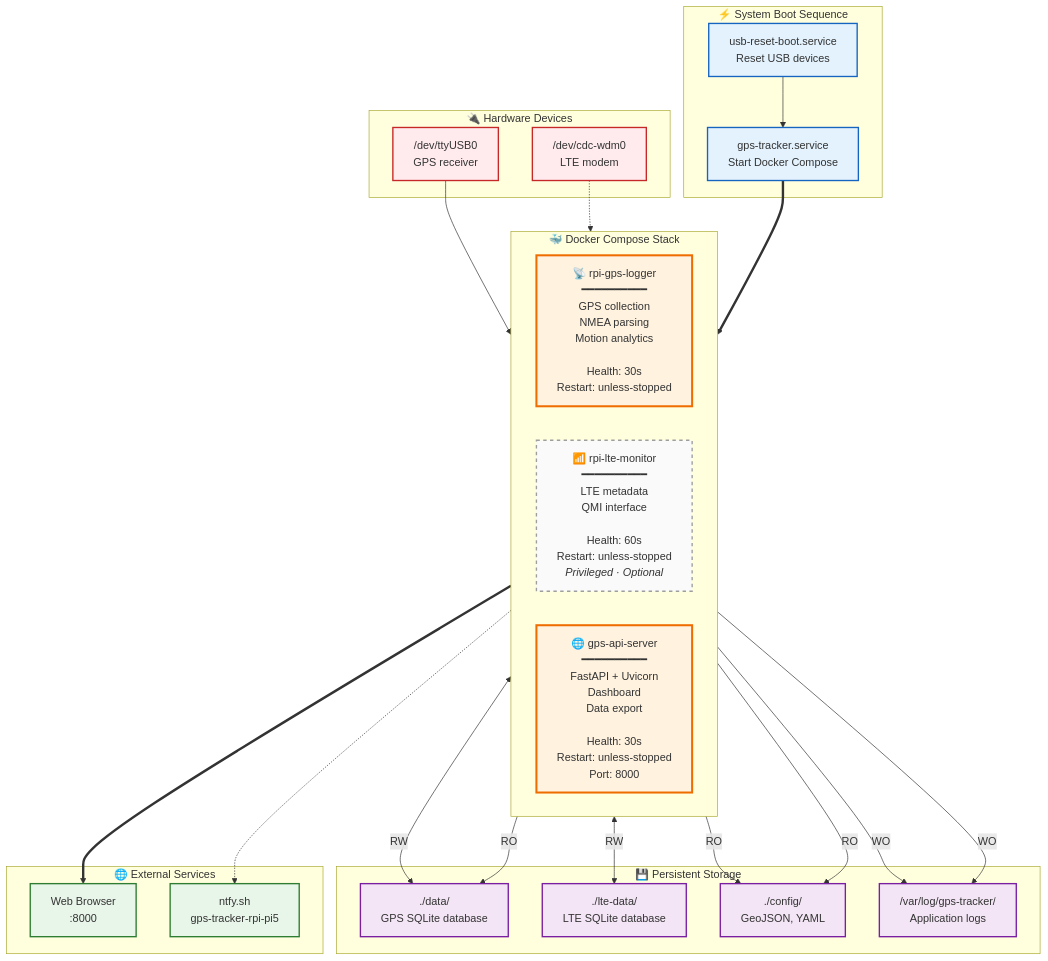
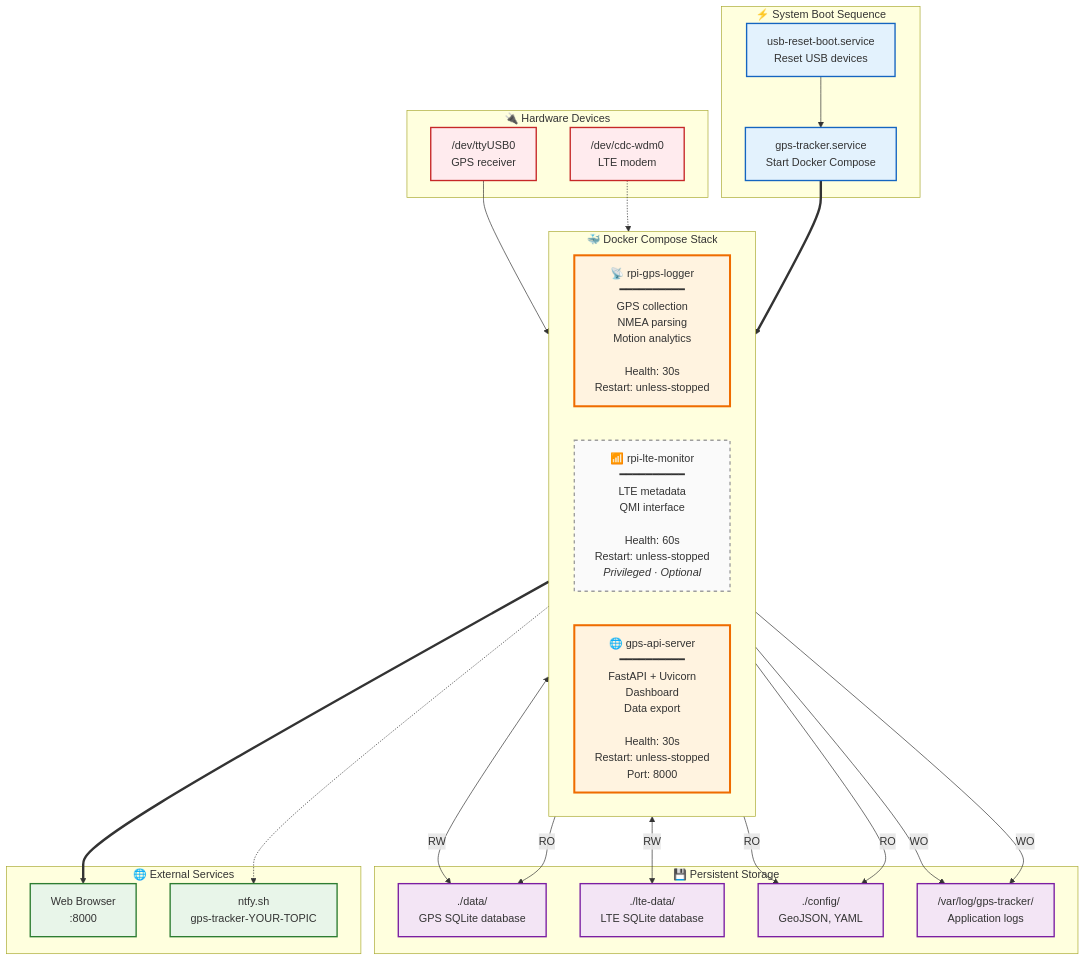
The third of 4 diagrams in README.md (cramos93/Raspberry-Pi-GPS-Cellular-Data-Logger), drawn with Mermaid before and after one commit. The commit also changed other lines of this file, not shown here.

````diff
--- a/README.md
+++ b/README.md
@@ -380,72 +380,72 @@
 ```mermaid
 graph TB
     subgraph BOOT["⚡ System Boot Sequence"]
         USB["usb-reset-boot.service<br/>Reset USB devices"]
         MAIN["gps-tracker.service<br/>Start Docker Compose"]
         USB --> MAIN
     end
     
     subgraph COMPOSE["🐳 Docker Compose Stack"]
         direction LR
         
         GPS["📡 rpi-gps-logger<br/>━━━━━━━━━━<br/>GPS collection<br/>NMEA parsing<br/>Motion analytics<br/><br/>Health: 30s<br/>Restart: unless-stopped"]
         
         LTE["📶 rpi-lte-monitor<br/>━━━━━━━━━━<br/>LTE metadata<br/>QMI interface<br/><br/>Health: 60s<br/>Restart: unless-stopped<br/><i>Privileged · Optional</i>"]
         
         API["🌐 gps-api-server<br/>━━━━━━━━━━<br/>FastAPI + Uvicorn<br/>Dashboard<br/>Data export<br/><br/>Health: 30s<br/>Restart: unless-stopped<br/>Port: 8000"]
     end
     
     subgraph STORAGE["💾 Persistent Storage"]
         DATA["./data/<br/>GPS SQLite database"]
         LTE_DATA["./lte-data/<br/>LTE SQLite database"]
         CONFIG["./config/<br/>GeoJSON, YAML"]
         LOGS["/var/log/gps-tracker/<br/>Application logs"]
     end
     
     subgraph HW["🔌 Hardware Devices"]
         GPS_DEV["/dev/ttyUSB0<br/>GPS receiver"]
         LTE_DEV["/dev/cdc-wdm0<br/>LTE modem"]
     end
     
     subgraph EXT["🌐 External Services"]
         BROWSER["Web Browser<br/>:8000"]
-        NTFY["ntfy.sh<br/>gps-tracker-rpi-pi5"]
+        NTFY["ntfy.sh<br/>gps-tracker-YOUR-TOPIC"]
     end
     
     %% Boot flow
     MAIN ==> COMPOSE
     
     %% Device connections
     GPS_DEV --> GPS
     LTE_DEV -.-> LTE
     
     %% Volume access
     GPS <-->|RW| DATA
     GPS -->|RO| CONFIG
     GPS -->|WO| LOGS
     
     LTE <-->|RW| LTE_DATA
     LTE -->|WO| LOGS
     
     API -->|RO| DATA
     API -->|RO| CONFIG
     
     %% External access
     API ==> BROWSER
     GPS -.-> NTFY
     
     %% Styling
     classDef bootStyle fill:#e3f2fd,stroke:#1565c0,stroke-width:2px
     classDef containerStyle fill:#fff3e0,stroke:#ef6c00,stroke-width:3px
     classDef optionalStyle fill:#fafafa,stroke:#9e9e9e,stroke-width:2px,stroke-dasharray:5 5
     classDef storageStyle fill:#f3e5f5,stroke:#7b1fa2,stroke-width:2px
     classDef hwStyle fill:#ffebee,stroke:#c62828,stroke-width:2px
     classDef extStyle fill:#e8f5e9,stroke:#2e7d32,stroke-width:2px
     
     class USB,MAIN bootStyle
     class GPS,API containerStyle
     class LTE optionalStyle
     class DATA,LTE_DATA,CONFIG,LOGS storageStyle
     class GPS_DEV,LTE_DEV hwStyle
     class BROWSER,NTFY extStyle
 ```
````
